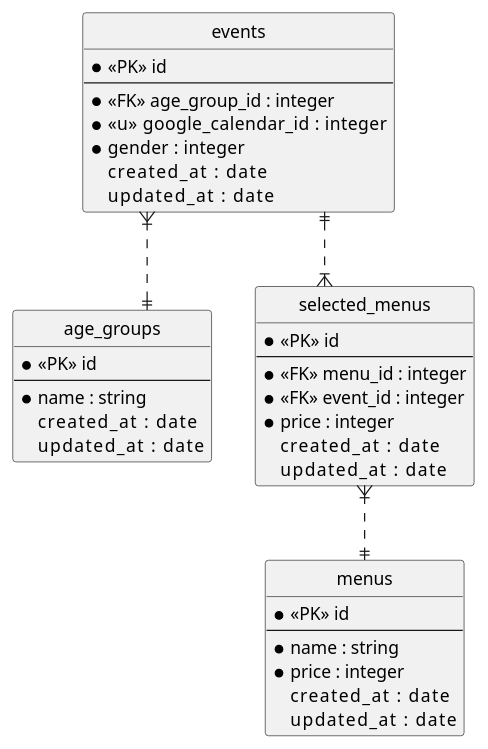
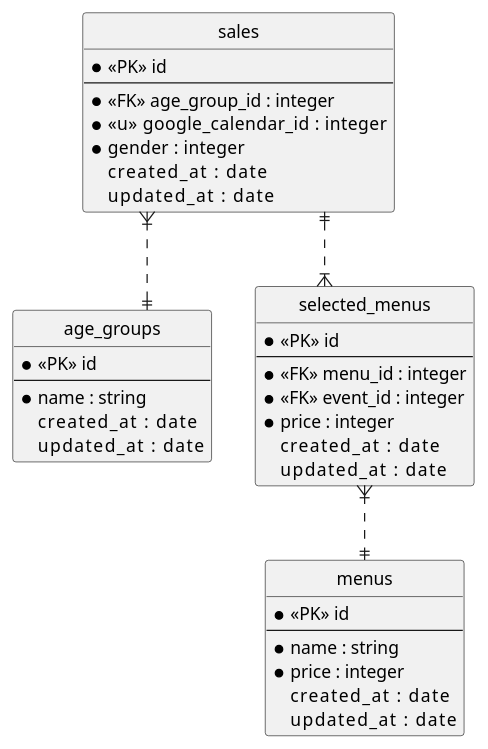
The diagram in documents/er.pu (takuya-38/Raika), drawn with PlantUML before and after one commit. The commit also changed 13 other files, not shown here.

```diff
--- a/documents/er.pu
+++ b/documents/er.pu
@@ -1,47 +1,47 @@
 @startuml test
 hide circle
 skinparam linetype ortho
 
-entity "events" as events {
+entity "sales" as sales {
     * <<PK>> id
     --
     * <<FK>> age_group_id : integer
     * <<u>> google_calendar_id    : integer
     * gender  : integer
     created_at      : date
     updated_at      : date
 }
 
 entity "age_groups" as age_groups {
     * <<PK>> id
     --
     * name : string
     created_at      : date
     updated_at      : date
 }
 
 entity "selected_menus" as selected_menus {
     * <<PK>> id
     --
     * <<FK>> menu_id : integer
     * <<FK>> event_id : integer
     * price : integer
     created_at      : date
     updated_at      : date
 }
 
 
 entity "menus" as menus {
     * <<PK>> id
     --
     * name : string
     * price : integer
     created_at      : date
     updated_at      : date
 }
 
-events }|..|| age_groups
-events ||..|{ selected_menus
+sales }|..|| age_groups
+sales ||..|{ selected_menus
 selected_menus }|..|| menus
 
 @enduml
```
